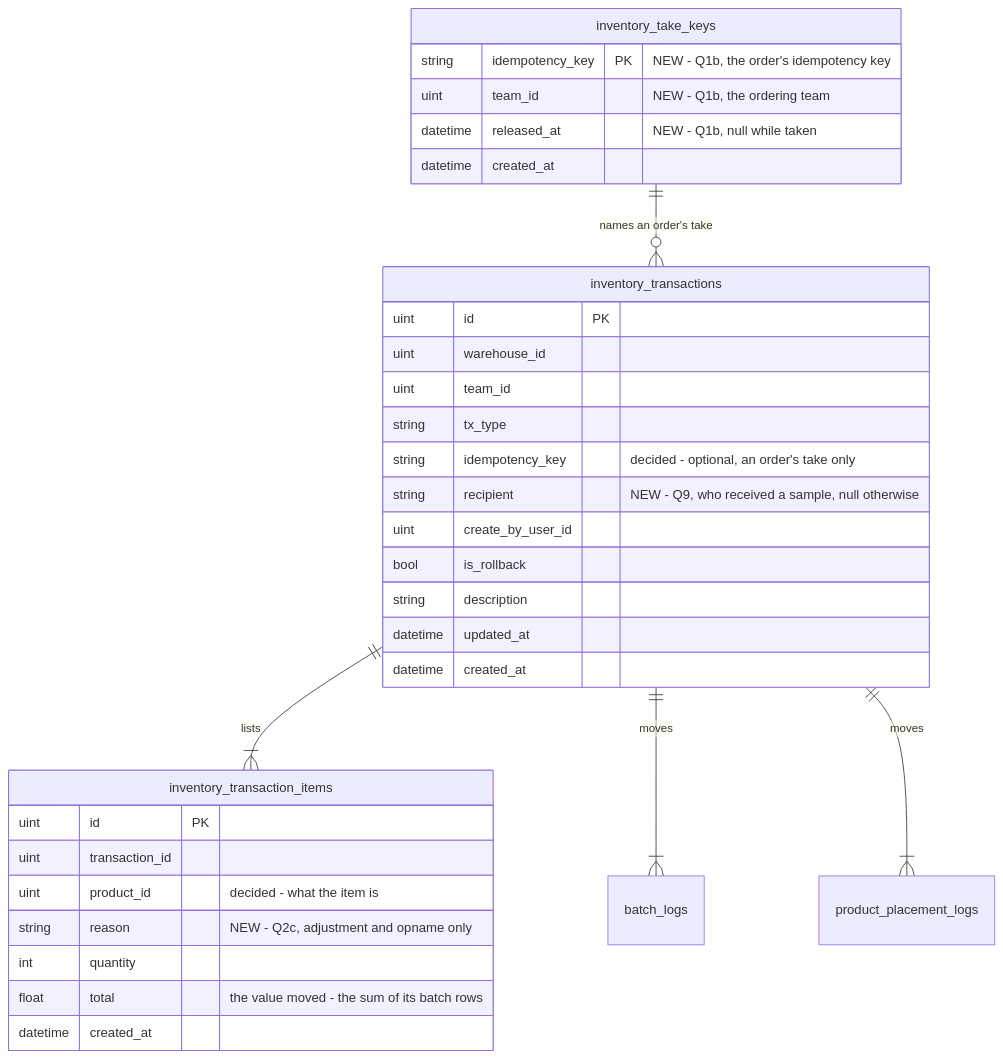
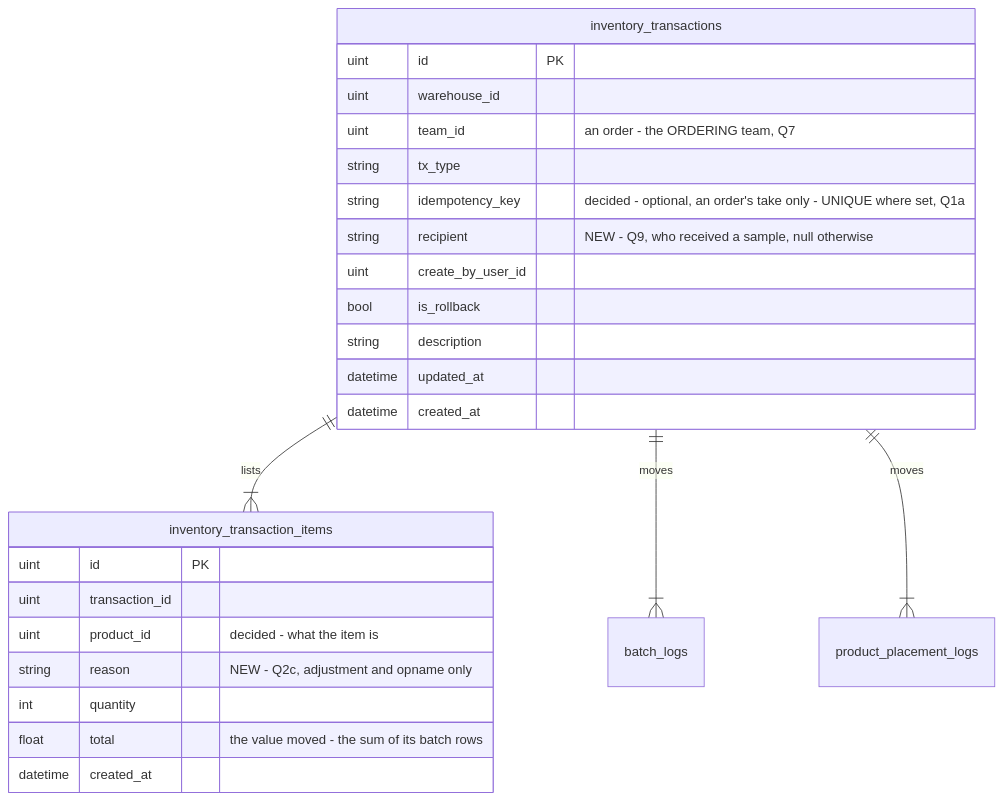
Before and after one commit to pdcgo/warehouse_revamp: the first of 9 diagrams in docs/business/inventory/transaction_clarify.md, drawn with Mermaid. The commit also changed other lines of this file and 13 other files, not shown here.

First line of the commit message:
docs(order,inventory): the stock take's checks, one key per submit, a duplicate ref warned, both teams named

````diff
--- a/docs/business/inventory/transaction_clarify.md
+++ b/docs/business/inventory/transaction_clarify.md
@@ -57,35 +68,28 @@
 ```mermaid
 erDiagram
-  inventory_take_keys ||--o{ inventory_transactions : "names an order's take"
   inventory_transactions ||--|{ inventory_transaction_items : lists
   inventory_transactions ||--|{ batch_logs : moves
   inventory_transactions ||--|{ product_placement_logs : moves
-  inventory_take_keys {
-    string idempotency_key PK "NEW - Q1b, the order's idempotency key"
-    uint team_id "NEW - Q1b, the ordering team"
-    datetime released_at "NEW - Q1b, null while taken"
-    datetime created_at
-  }
   inventory_transactions {
     uint id PK
     uint warehouse_id
-    uint team_id
+    uint team_id "an order - the ORDERING team, Q7"
     string tx_type
-    string idempotency_key "decided - optional, an order's take only"
+    string idempotency_key "decided - optional, an order's take only - UNIQUE where set, Q1a"
     string recipient "NEW - Q9, who received a sample, null otherwise"
     uint create_by_user_id
     bool is_rollback
     string description
     datetime updated_at
     datetime created_at
   }
   inventory_transaction_items {
     uint id PK
     uint transaction_id
     uint product_id "decided - what the item is"
     string reason "NEW - Q2c, adjustment and opname only"
     int quantity
     float total "the value moved - the sum of its batch rows"
     datetime created_at
   }
 ```
````
